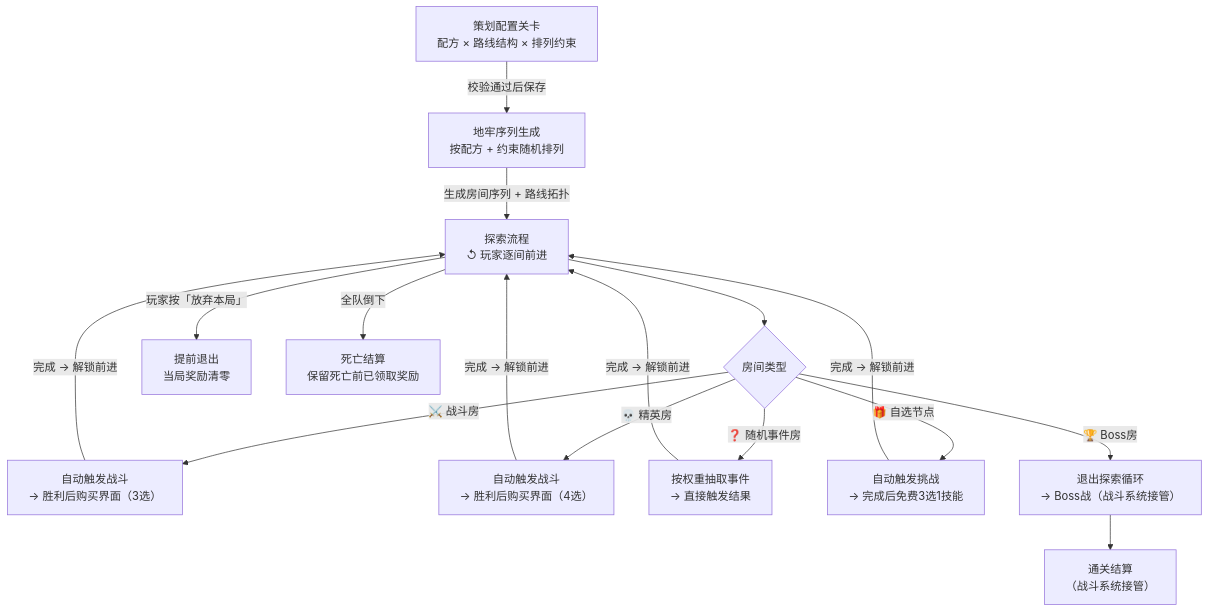
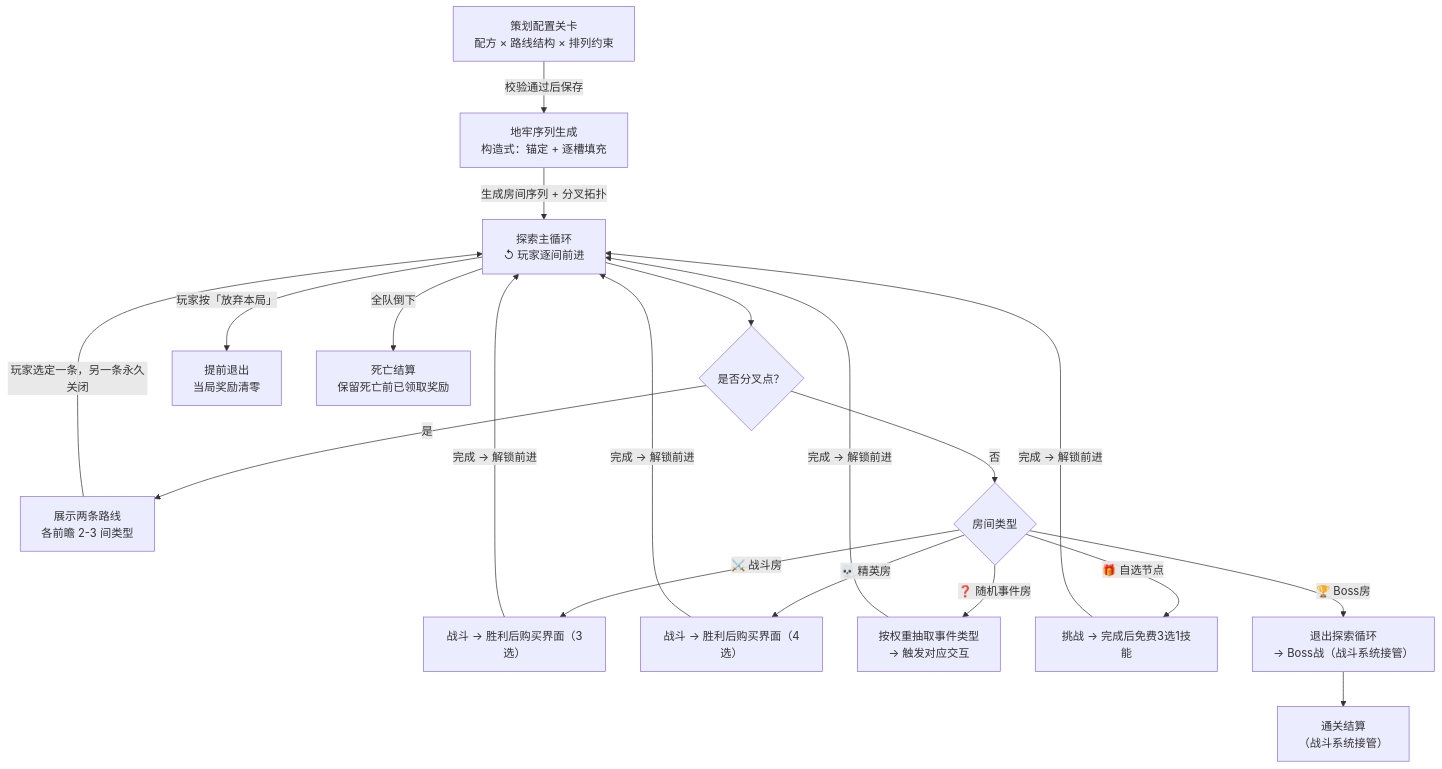
One commit to jeff931746-creator/Codex changed the diagram in workspace/projects/立项/这只怪能养吗/00-立项文档/系统设计/关卡设计.md. Above: the diagram before and after it, drawn with Mermaid. The commit also changed other lines of this file, not shown here.

````diff
--- a/workspace/projects/立项/这只怪能养吗/00-立项文档/系统设计/关卡设计.md
+++ b/workspace/projects/立项/这只怪能养吗/00-立项文档/系统设计/关卡设计.md
@@ -30,15 +30,18 @@
 ```mermaid
 flowchart TD
-    A["策划配置关卡\n配方 × 路线结构 × 排列约束"] -->|"校验通过后保存"| B["地牢序列生成\n按配方 + 约束随机排列"]
-    B -->|"生成房间序列 + 路线拓扑"| C["探索流程\n↺ 玩家逐间前进"]
-    C --> D{"房间类型"}
-    D -- "⚔️ 战斗房" --> E["自动触发战斗\n→ 胜利后购买界面（3选）"]
-    D -- "💀 精英房" --> F["自动触发战斗\n→ 胜利后购买界面（4选）"]
-    D -- "❓ 随机事件房" --> G["按权重抽取事件\n→ 直接触发结果"]
-    D -- "🎁 自选节点" --> H["自动触发挑战\n→ 完成后免费3选1技能"]
+    A["策划配置关卡\n配方 × 路线结构 × 排列约束"] -->|"校验通过后保存"| B["地牢序列生成\n构造式：锚定 + 逐槽填充"]
+    B -->|"生成房间序列 + 分叉拓扑"| C["探索主循环\n↺ 玩家逐间前进"]
+    C --> SEL{"是否分叉点？"}
+    SEL -- "是" --> R["展示两条路线\n各前瞻 2-3 间类型"]
+    R -->|"玩家选定一条，另一条永久关闭"| C
+    SEL -- "否" --> D{"房间类型"}
+    D -- "⚔️ 战斗房" --> E["战斗 → 胜利后购买界面（3选）"]
+    D -- "💀 精英房" --> F["战斗 → 胜利后购买界面（4选）"]
+    D -- "❓ 随机事件房" --> G["按权重抽取事件类型\n→ 触发对应交互"]
+    D -- "🎁 自选节点" --> H["挑战 → 完成后免费3选1技能"]
     D -- "🏆 Boss房" --> I["退出探索循环\n→ Boss战（战斗系统接管）"]
     E & F & G & H -->|"完成 → 解锁前进"| C
     C -- "玩家按「放弃本局」" --> J["提前退出\n当局奖励清零"]
     C -- "全队倒下" --> K["死亡结算\n保留死亡前已领取奖励"]
     I --> L["通关结算\n（战斗系统接管）"]
 ```
````
